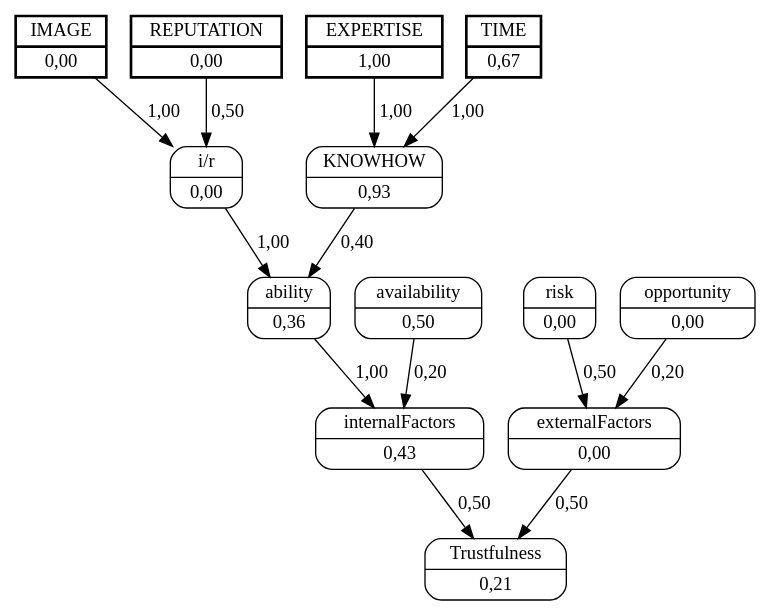
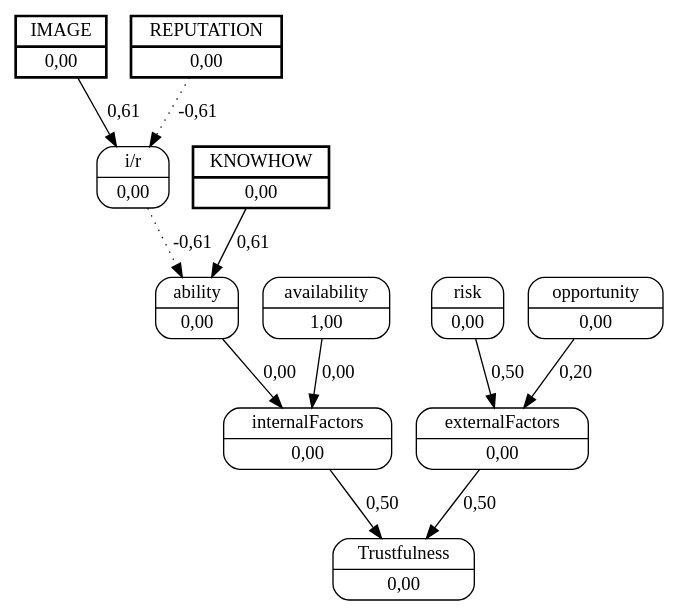
The diagram in unload_boxes/dots/worker_1helper_6.dot (jjbaqueta/unload_experiment), drawn with Graphviz before and after one commit. The commit also changed 77 other files, not shown here.

```diff
--- a/unload_boxes/dots/worker_1helper_6.dot
+++ b/unload_boxes/dots/worker_1helper_6.dot
@@ -1,29 +1,25 @@
 digraph FCM_net{
 	node [shape=record, style=rounded]
 	0 [label="{IMAGE | 0,00}", style=bold, penwidth=2, peripheries=2];
 	1 [label="{REPUTATION | 0,00}", style=bold, penwidth=2, peripheries=2];
-	11 [label="{EXPERTISE | 1,00}", style=bold, penwidth=2, peripheries=2];
-	12 [label="{TIME | 0,67}", style=bold, penwidth=2, peripheries=2];
+	2 [label="{KNOWHOW | 0,00}", style=bold, penwidth=2, peripheries=2];
 	0 [label="{IMAGE | 0,00}"];
-	2 [label="{KNOWHOW | 0,93}"];
 	3 [label="{i/r | 0,00}"];
-	4 [label="{ability | 0,36}"];
-	5 [label="{availability | 0,50}"];
-	6 [label="{internalFactors | 0,43}"];
+	4 [label="{ability | 0,00}"];
+	5 [label="{availability | 1,00}"];
+	6 [label="{internalFactors | 0,00}"];
 	7 [label="{risk | 0,00}"];
 	8 [label="{opportunity | 0,00}"];
 	9 [label="{externalFactors | 0,00}"];
-	10 [label="{Trustfulness | 0,21}"];
-	0 -> 3 [label = "1,00"];
-	1 -> 3 [label = "0,50"];
-	3 -> 4 [label = "1,00"];
-	2 -> 4 [label = "0,40"];
-	4 -> 6 [label = "1,00"];
-	5 -> 6 [label = "0,20"];
+	10 [label="{Trustfulness | 0,00}"];
+	0 -> 3 [label = "0,61"];
+	1 -> 3 [label = "-0,61", style=dotted];
+	3 -> 4 [label = "-0,61", style=dotted];
+	2 -> 4 [label = "0,61"];
+	4 -> 6 [label = "0,00"];
+	5 -> 6 [label = "0,00"];
 	6 -> 10 [label = "0,50"];
 	7 -> 9 [label = "0,50"];
 	8 -> 9 [label = "0,20"];
 	9 -> 10 [label = "0,50"];
-	11 -> 2 [label = "1,00"];
-	12 -> 2 [label = "1,00"];
 }
```
